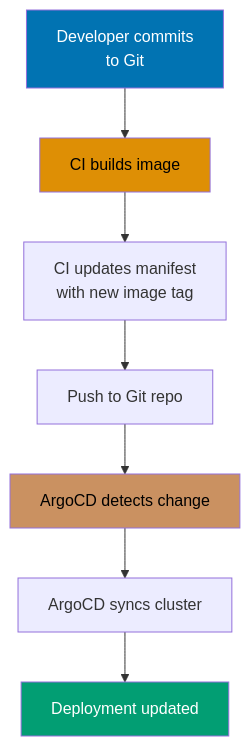
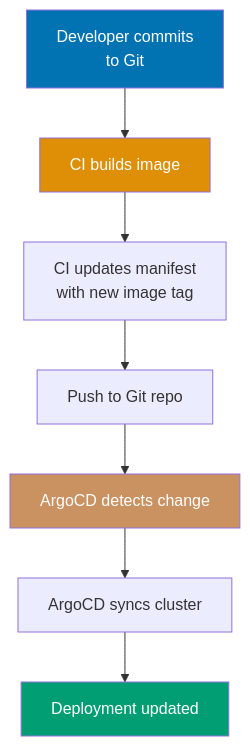
Before and after one commit to wahidyankf/open-sharia-enterprise: diagram 11 of 14 in apps/ayokoding-web/content/en/learn/software-engineering/infrastructure/tools/kubernetes/by-example/advanced.md, drawn with Mermaid. The commit also changed other lines of this file and 61 other files, not shown here.

First line of the commit message:
fix(ayokoding-web): quote Mermaid node labels with special characters in Example 63

````diff
--- a/apps/ayokoding-web/content/en/learn/software-engineering/infrastructure/tools/kubernetes/by-example/advanced.md
+++ b/apps/ayokoding-web/content/en/learn/software-engineering/infrastructure/tools/kubernetes/by-example/advanced.md
@@ -2942,15 +2942,15 @@
 ```mermaid
 %% GitOps workflow
 graph TD
     A[Developer commits<br/>to Git] --> B[CI builds image]
     B --> C[CI updates manifest<br/>with new image tag]
     C --> D[Push to Git repo]
     D --> E[ArgoCD detects change]
     E --> F[ArgoCD syncs cluster]
     F --> G[Deployment updated]
 
     style A fill:#0173B2,color:#fff
-    style B fill:#DE8F05,color:#000
-    style E fill:#CA9161,color:#000
+    style B fill:#DE8F05,color:#fff
+    style E fill:#CA9161,color:#fff
     style G fill:#029E73,color:#fff
 ```
````
